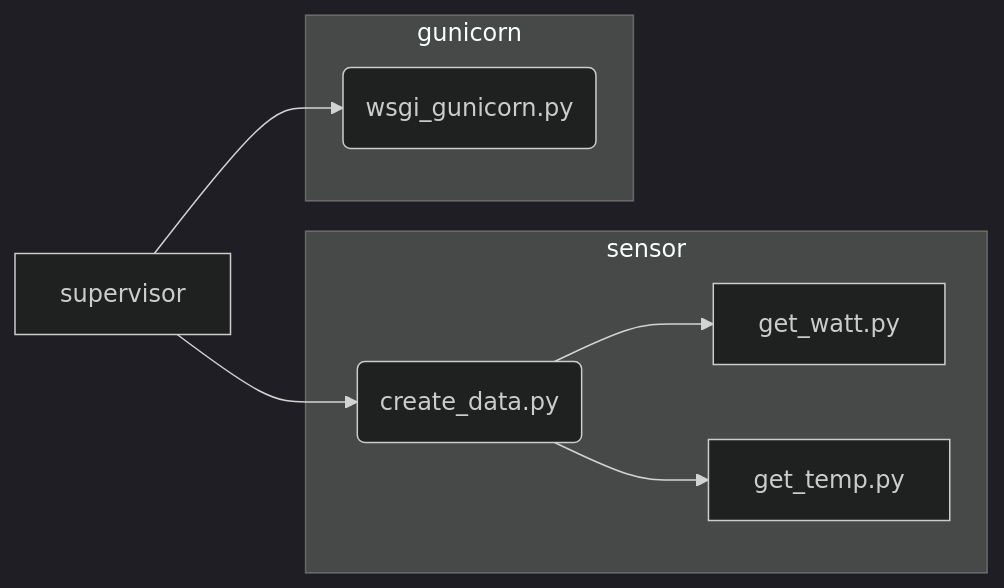
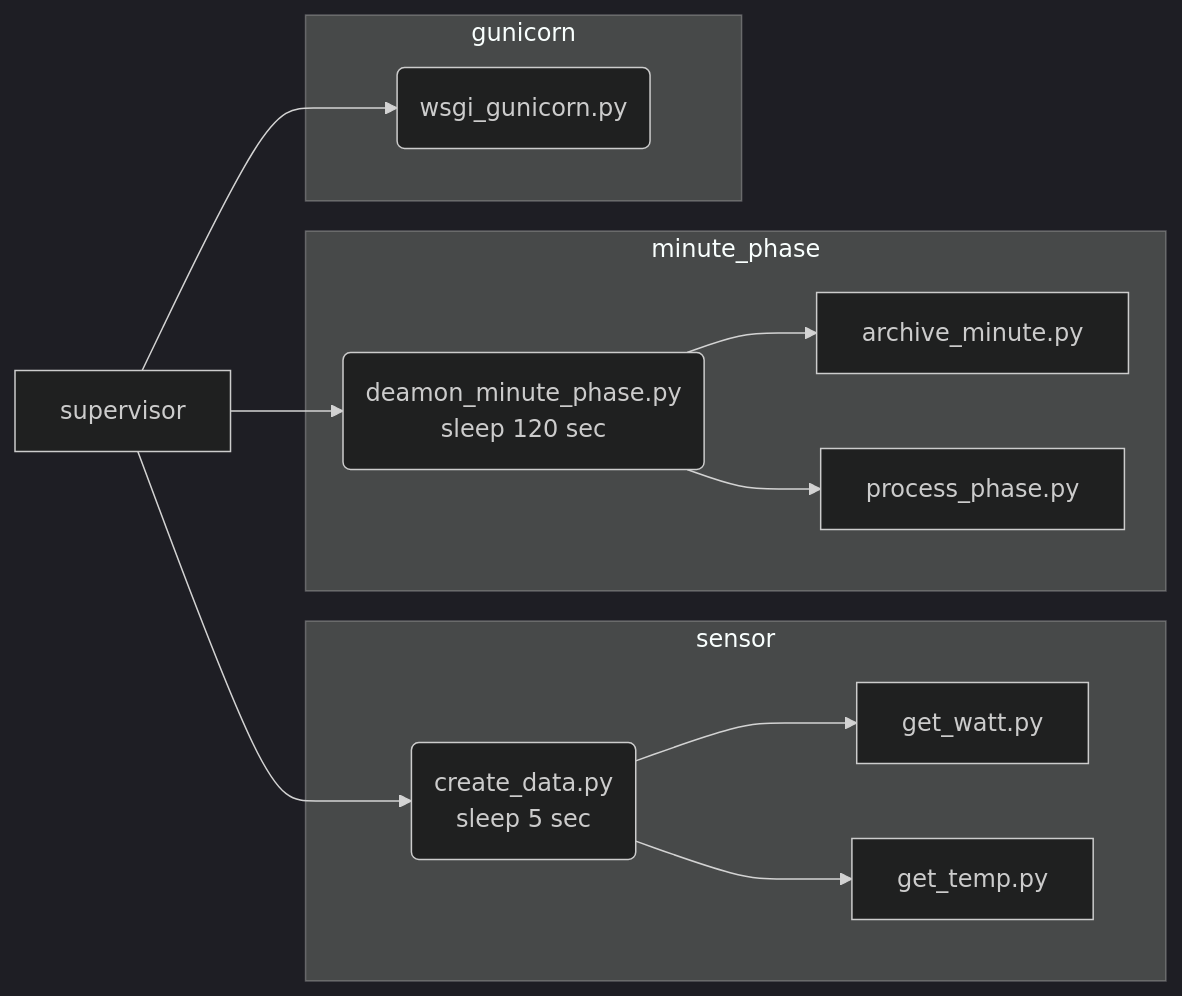
One commit to cheperboy/chaudiere changed the first of 4 diagrams in docs/software.md. Above: the diagram before and after it, drawn with Mermaid (dark theme). The commit also changed 9 other files, not shown here.

```diff
--- a/docs/software.md
+++ b/docs/software.md
@@ -37,12 +37,17 @@
 <div class="mermaid">
 graph LR
-    A[supervisor] --> B(create_data.py)
+    A[supervisor] --> B(create_data.py<br>sleep 5 sec)
+    A[supervisor] --> H(deamon_minute_phase.py<br>sleep 120 sec)
     A[supervisor] --> E(wsgi_gunicorn.py)
     subgraph sensor
         B --> C[get_watt.py]
         B --> G[get_temp.py]
     end
+    subgraph minute_phase
+        H --> I[archive_minute.py]
+        H --> J[process_phase.py]
+    end
     subgraph gunicorn
         E
     end
 </div>
```
